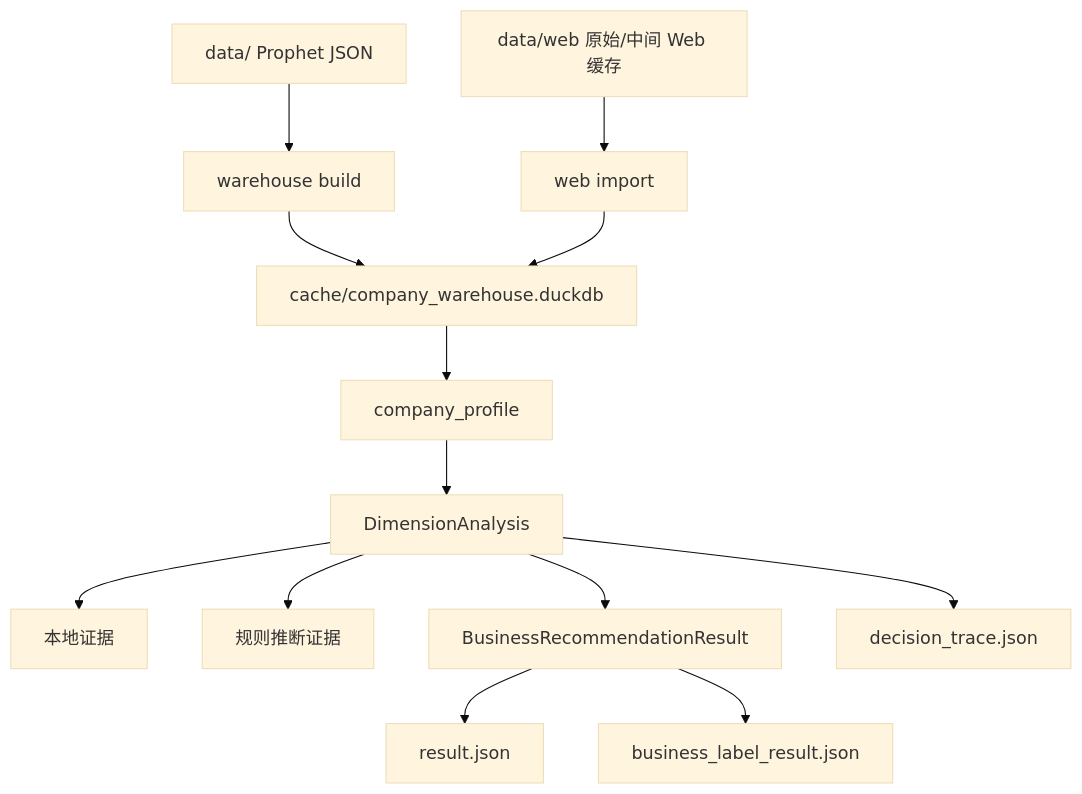
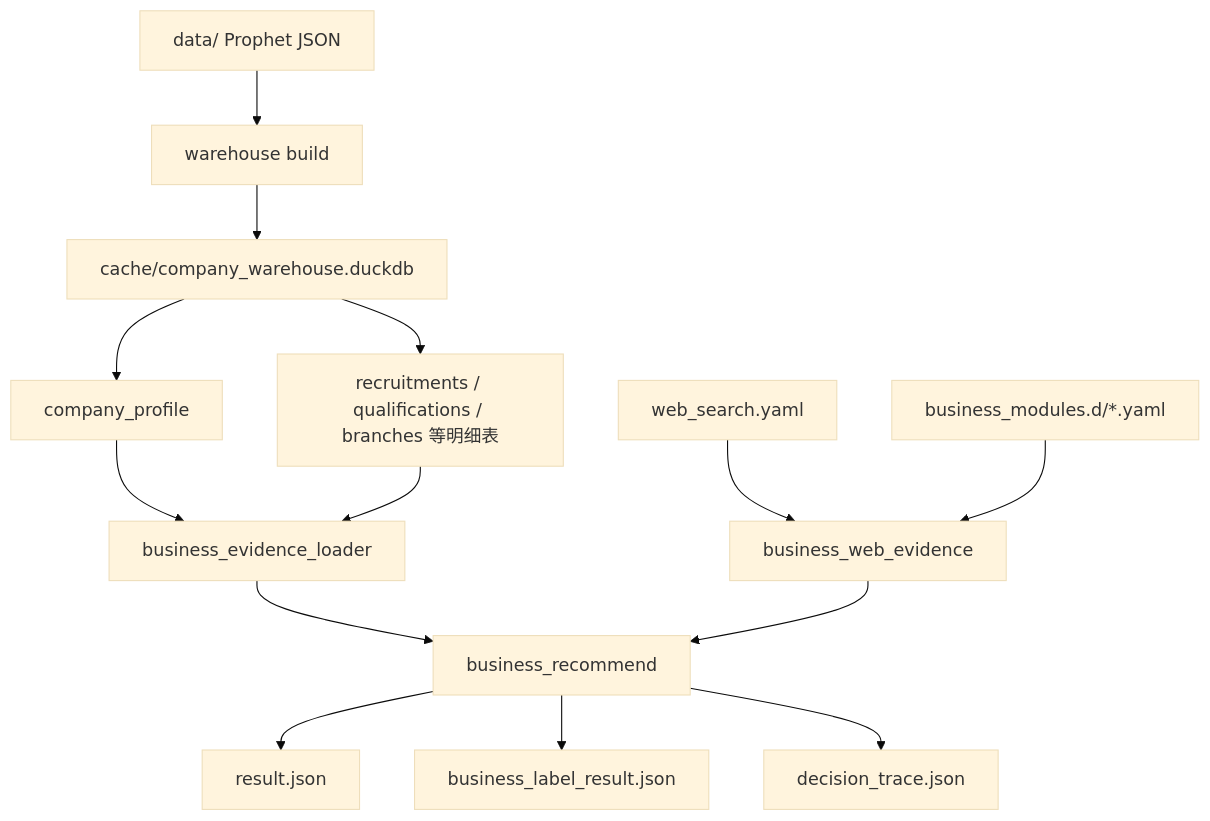
The third of 3 diagrams in docs/ARCHITECTURE.md (leeing/xft-dd), drawn with Mermaid (base theme) before and after one commit. The commit also changed other lines of this file and 5 other files, not shown here.

First line of the commit message:
📝 docs: update architecture and guides for indicator-level web search

````diff
--- a/docs/ARCHITECTURE.md
+++ b/docs/ARCHITECTURE.md
@@ -56,15 +70,16 @@
 ```mermaid
 flowchart TB
     raw["data/ Prophet JSON"] --> etl["warehouse build"]
     etl --> duck["cache/company_warehouse.duckdb"]
     duck --> profile["company_profile"]
-    profile --> dim["DimensionAnalysis"]
-    dim --> local["本地证据"]
-    dim --> infer["规则推断证据"]
-    webraw["data/web 原始/中间 Web 缓存"] --> webetl["web import"]
-    webetl --> duck
-    dim --> biz["BusinessRecommendationResult"]
+    duck --> details["recruitments / qualifications / branches 等明细表"]
+    profile --> local["business_evidence_loader"]
+    details --> local
+    local --> biz["business_recommend"]
+    webcfg["web_search.yaml"] --> web["business_web_evidence"]
+    modcfg["business_modules.d/*.yaml"] --> web
+    web --> biz
     biz --> result["result.json"]
     biz --> detail["business_label_result.json"]
-    dim --> trace["decision_trace.json"]
+    biz --> trace["decision_trace.json"]
 ```
````
